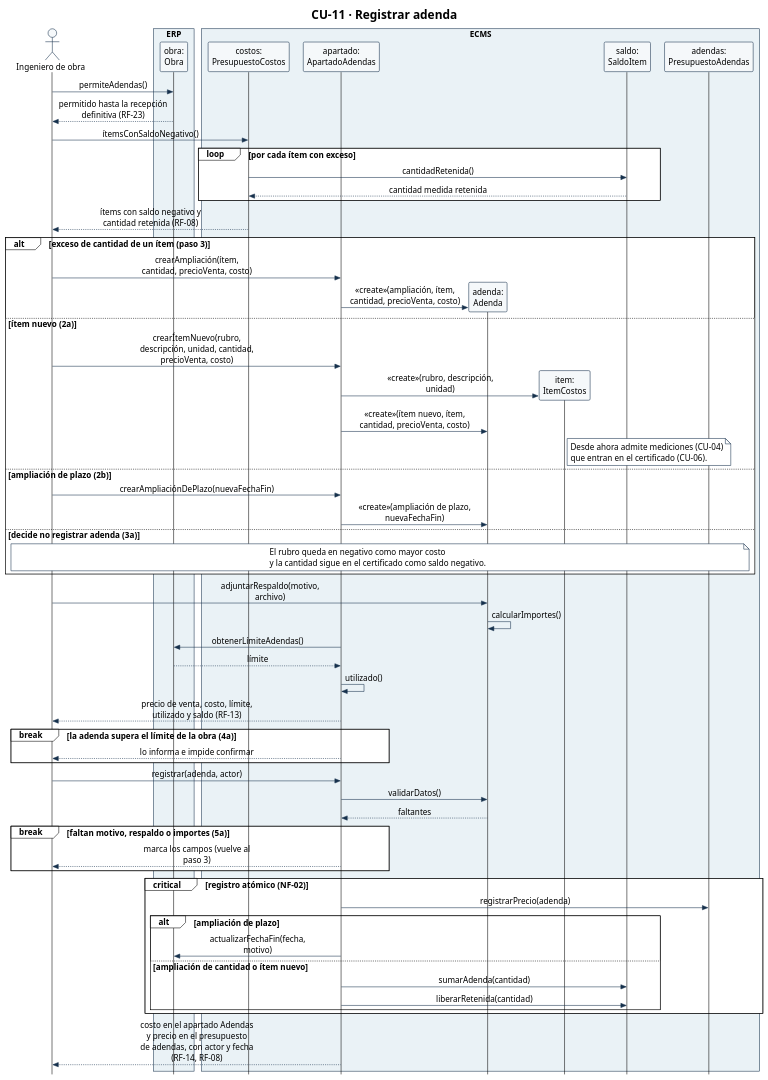
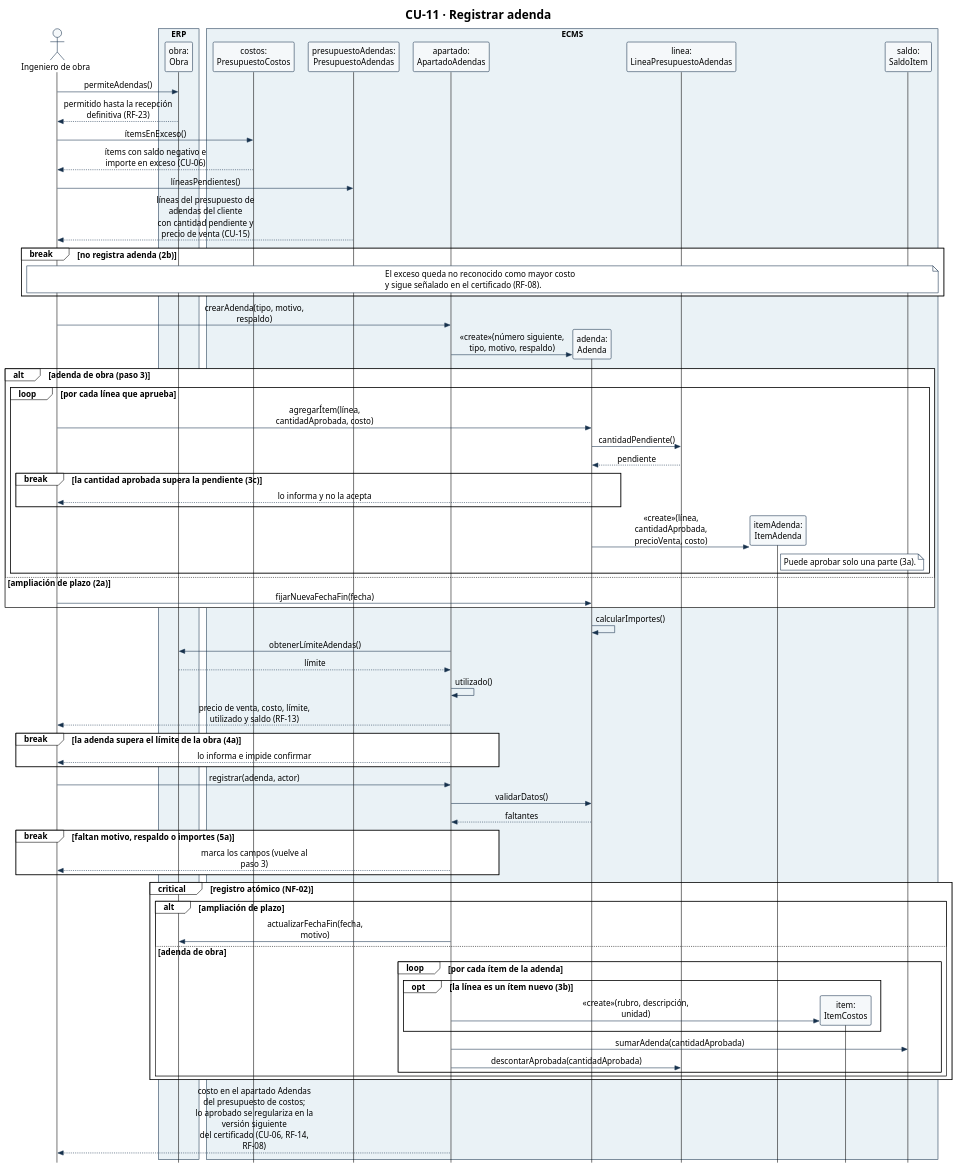
Before and after one commit to Ssrrb/tpf-uca: the diagram in diagramas/CU-11-secuencia.puml, drawn with PlantUML. The commit also changed 16 other files, not shown here.

First line of the commit message:
Exceso por monto en el cálculo y adendas por paquete

```diff
--- a/diagramas/CU-11-secuencia.puml
+++ b/diagramas/CU-11-secuencia.puml
@@ -1,94 +1,102 @@
 @startuml
 !theme plain
 skinparam style strictuml
 skinparam shadowing false
 skinparam defaultFontName Arial
 skinparam defaultFontSize 15
 skinparam sequenceMessageAlign center
 skinparam maxMessageSize 220
 skinparam ParticipantPadding 8
 skinparam BoxPadding 6
 skinparam ParticipantBackgroundColor #F5F8FA
 skinparam ParticipantBorderColor #17324D
 skinparam ActorBorderColor #17324D
 skinparam ActorBackgroundColor #F5F8FA
 skinparam ArrowColor #17324D
 skinparam SequenceBoxBorderColor #17324D
 skinparam note {
   BackgroundColor #FFFFFF
   BorderColor #17324D
 }
 hide footbox
 title CU-11 · Registrar adenda
 actor "Ingeniero de obra" as Ing
 box "ERP" #EAF2F6
 participant "obra:\nObra" as Obra
 end box
 box "ECMS" #EAF2F6
 participant "costos:\nPresupuestoCostos" as PC
+participant "presupuestoAdendas:\nPresupuestoAdendas" as PA
 participant "apartado:\nApartadoAdendas" as Apa
 participant "adenda:\nAdenda" as Ad
+participant "linea:\nLineaPresupuestoAdendas" as Lin
+participant "itemAdenda:\nItemAdenda" as IA
 participant "item:\nItemCostos" as Item
 participant "saldo:\nSaldoItem" as Saldo
-participant "adendas:\nPresupuestoAdendas" as PA
 end box
 
 Ing -> Obra: permiteAdendas()
 Obra --> Ing: permitido hasta la recepción definitiva (RF-23)
-Ing -> PC: ítemsConSaldoNegativo()
-loop por cada ítem con exceso
-  PC -> Saldo: cantidadRetenida()
-  Saldo --> PC: cantidad medida retenida
-end
-PC --> Ing: ítems con saldo negativo y cantidad retenida (RF-08)
-
-alt exceso de cantidad de un ítem (paso 3)
-  Ing -> Apa: crearAmpliación(ítem, cantidad, precioVenta, costo)
-  create Ad
-  Apa -> Ad: «create»(ampliación, ítem, cantidad, precioVenta, costo)
-else ítem nuevo (2a)
-  Ing -> Apa: crearÍtemNuevo(rubro, descripción, unidad, cantidad, precioVenta, costo)
-  create Item
-  Apa -> Item: «create»(rubro, descripción, unidad)
-  Apa -> Ad: «create»(ítem nuevo, ítem, cantidad, precioVenta, costo)
-  note right of Item
-    Desde ahora admite mediciones (CU-04)
-    que entran en el certificado (CU-06).
-  end note
-else ampliación de plazo (2b)
-  Ing -> Apa: crearAmpliaciónDePlazo(nuevaFechaFin)
-  Apa -> Ad: «create»(ampliación de plazo, nuevaFechaFin)
-else decide no registrar adenda (3a)
-  note over Ing, PA
-    El rubro queda en negativo como mayor costo
-    y la cantidad sigue en el certificado como saldo negativo.
+Ing -> PC: ítemsEnExceso()
+PC --> Ing: ítems con saldo negativo e importe en exceso (CU-06)
+Ing -> PA: líneasPendientes()
+PA --> Ing: líneas del presupuesto de adendas del cliente\ncon cantidad pendiente y precio de venta (CU-15)
+break no registra adenda (2b)
+  note over Ing, Saldo
+    El exceso queda no reconocido como mayor costo
+    y sigue señalado en el certificado (RF-08).
   end note
 end
 
-Ing -> Ad: adjuntarRespaldo(motivo, archivo)
+Ing -> Apa: crearAdenda(tipo, motivo, respaldo)
+create Ad
+Apa -> Ad: «create»(número siguiente, tipo, motivo, respaldo)
+alt adenda de obra (paso 3)
+  loop por cada línea que aprueba
+    Ing -> Ad: agregarÍtem(línea, cantidadAprobada, costo)
+    Ad -> Lin: cantidadPendiente()
+    Lin --> Ad: pendiente
+    break la cantidad aprobada supera la pendiente (3c)
+      Ad --> Ing: lo informa y no la acepta
+    end
+    create IA
+    Ad -> IA: «create»(línea, cantidadAprobada, precioVenta, costo)
+    note right of IA
+      Puede aprobar solo una parte (3a).
+    end note
+  end
+else ampliación de plazo (2a)
+  Ing -> Ad: fijarNuevaFechaFin(fecha)
+end
+
 Ad -> Ad: calcularImportes()
 Apa -> Obra: obtenerLímiteAdendas()
 Obra --> Apa: límite
 Apa -> Apa: utilizado()
 Apa --> Ing: precio de venta, costo, límite, utilizado y saldo (RF-13)
 break la adenda supera el límite de la obra (4a)
   Apa --> Ing: lo informa e impide confirmar
 end
 
 Ing -> Apa: registrar(adenda, actor)
 Apa -> Ad: validarDatos()
 Ad --> Apa: faltantes
 break faltan motivo, respaldo o importes (5a)
   Apa --> Ing: marca los campos (vuelve al paso 3)
 end
 critical registro atómico (NF-02)
-  Apa -> PA: registrarPrecio(adenda)
   alt ampliación de plazo
     Apa -> Obra: actualizarFechaFin(fecha, motivo)
-  else ampliación de cantidad o ítem nuevo
-    Apa -> Saldo: sumarAdenda(cantidad)
-    Apa -> Saldo: liberarRetenida(cantidad)
+  else adenda de obra
+    loop por cada ítem de la adenda
+      opt la línea es un ítem nuevo (3b)
+        create Item
+        Apa -> Item: «create»(rubro, descripción, unidad)
+      end
+      Apa -> Saldo: sumarAdenda(cantidadAprobada)
+      Apa -> Lin: descontarAprobada(cantidadAprobada)
+    end
   end
 end
-Apa --> Ing: costo en el apartado Adendas y precio en el presupuesto\nde adendas, con actor y fecha (RF-14, RF-08)
+Apa --> Ing: costo en el apartado Adendas del presupuesto de costos;\nlo aprobado se regulariza en la versión siguiente\ndel certificado (CU-06, RF-14, RF-08)
 @enduml
```
